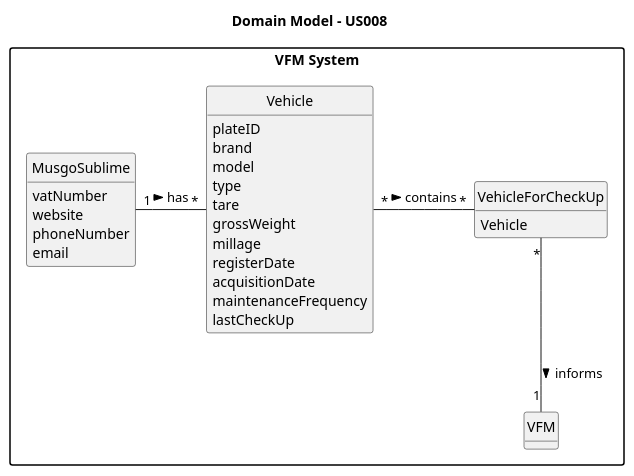
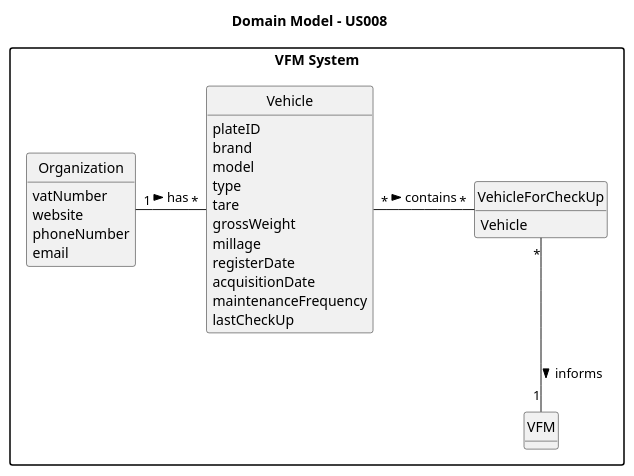
One commit to SAEmanuel/Green_Spaces_Management_ISEP changed the diagram in docs/sprintB/us008/02.analysis/puml/us008-domain-model.puml. Above: the diagram before and after it, drawn with PlantUML. The commit also changed 12 other files, not shown here.

```diff
--- a/docs/sprintB/us008/02.analysis/puml/us008-domain-model.puml
+++ b/docs/sprintB/us008/02.analysis/puml/us008-domain-model.puml
@@ -1,54 +1,54 @@
 @startuml
 skinparam monochrome true
 skinparam packageStyle rectangle
 skinparam shadowing false
 
 'left to right direction
 
 skinparam classAttributeIconSize 0
 
 hide circle
 hide methods
 package "VFM System" {
 
 title Domain Model - US008
 
 class VehicleForCheckUp {
     Vehicle
 }
 
 class VFM {
 }
 
 class Vehicle {
          plateID
          brand
          model
          type
          tare
          grossWeight
          millage
          registerDate
          acquisitionDate
          maintenanceFrequency
          lastCheckUp
 }
 
-class MusgoSublime {
+class Organization {
 vatNumber
 website
 phoneNumber
 email
 }
 
 
 
-MusgoSublime "1" - "*" Vehicle: has >
+Organization "1" - "*" Vehicle: has >
 Vehicle "*"- "*" VehicleForCheckUp: contains >
 VehicleForCheckUp "*" -- "1" VFM : informs >
 
 
 
 
 
 @enduml
```
